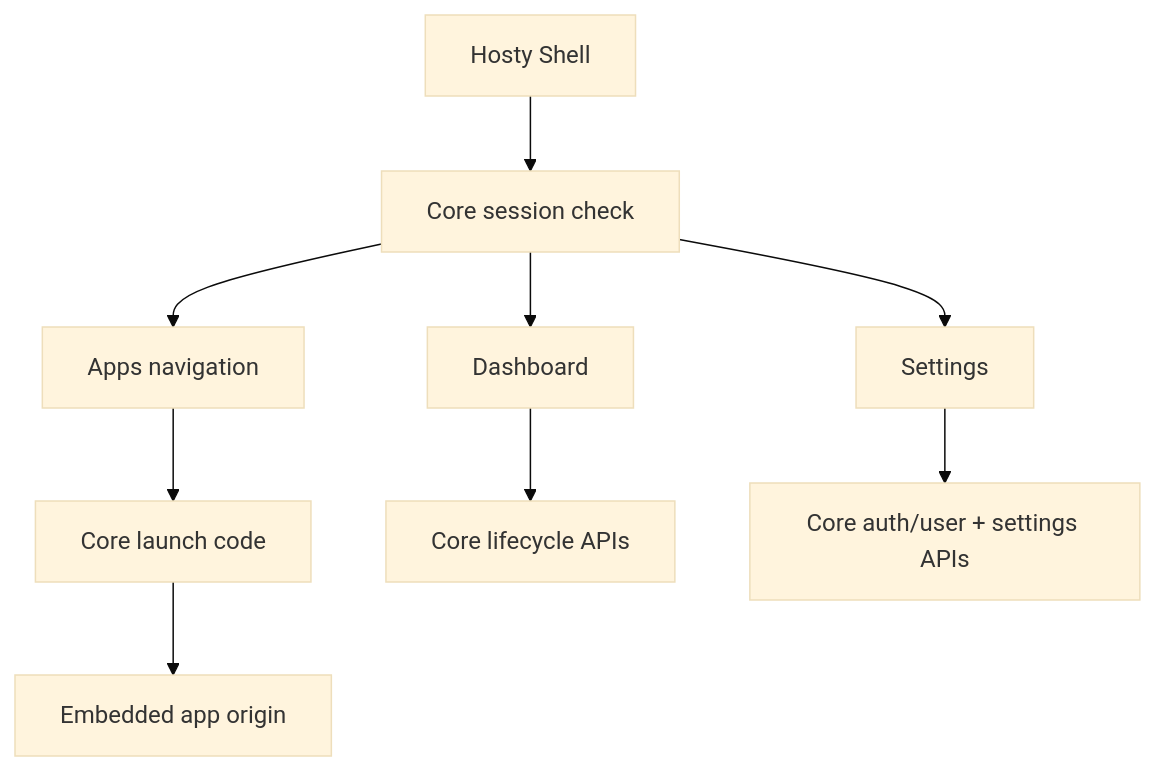
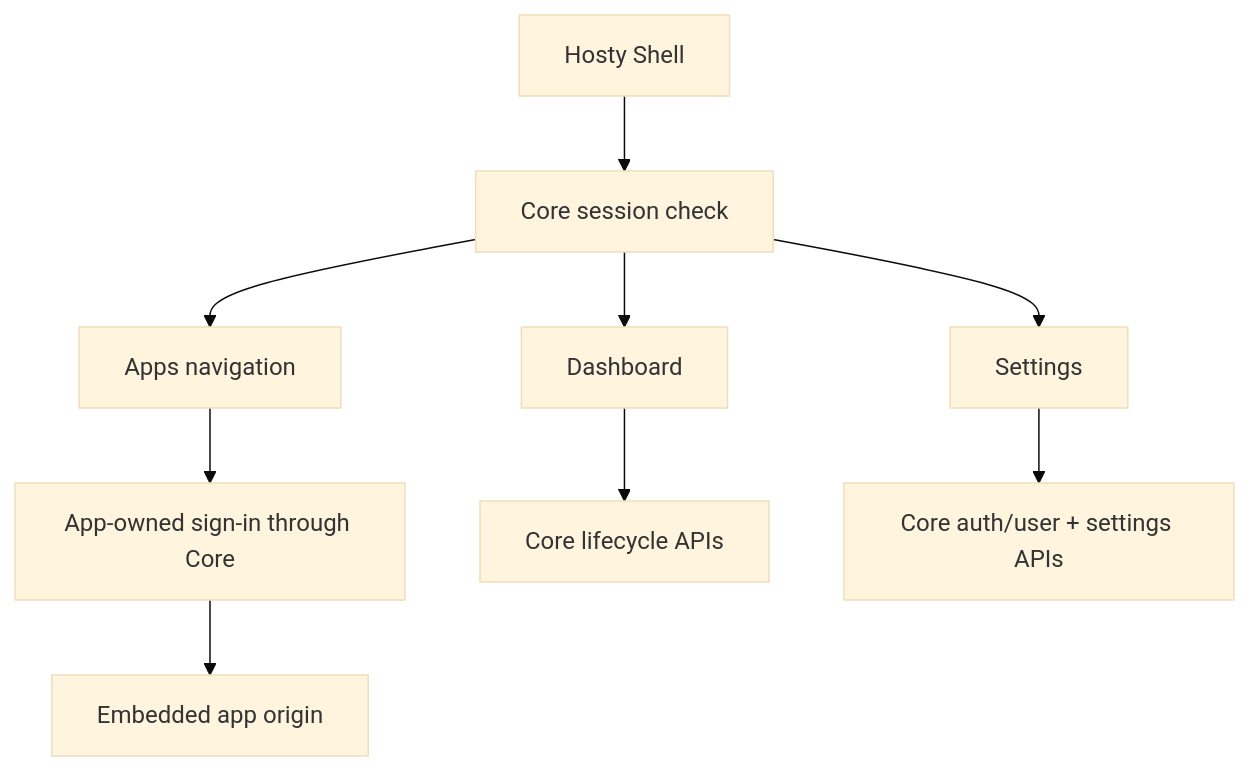
The diagram in docs/features/core-app-shell/feature.md (alex-de-haas/docker-host), drawn with Mermaid (base theme) before and after one commit. The commit also changed other lines of this file and 329 other files, not shown here.

````diff
--- a/docs/features/core-app-shell/feature.md
+++ b/docs/features/core-app-shell/feature.md
@@ -62,11 +67,11 @@
 ```mermaid
 flowchart TD
   A["Hosty Shell"] --> B["Core session check"]
   B --> C["Dashboard"]
   B --> E["Settings"]
   B --> F["Apps navigation"]
-  F --> G["Core launch code"]
+  F --> G["App-owned sign-in through Core"]
   G --> H["Embedded app origin"]
   C --> I["Core lifecycle APIs"]
   E --> J["Core auth/user + settings APIs"]
 ```
````
